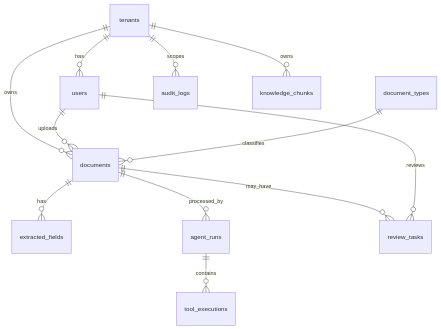
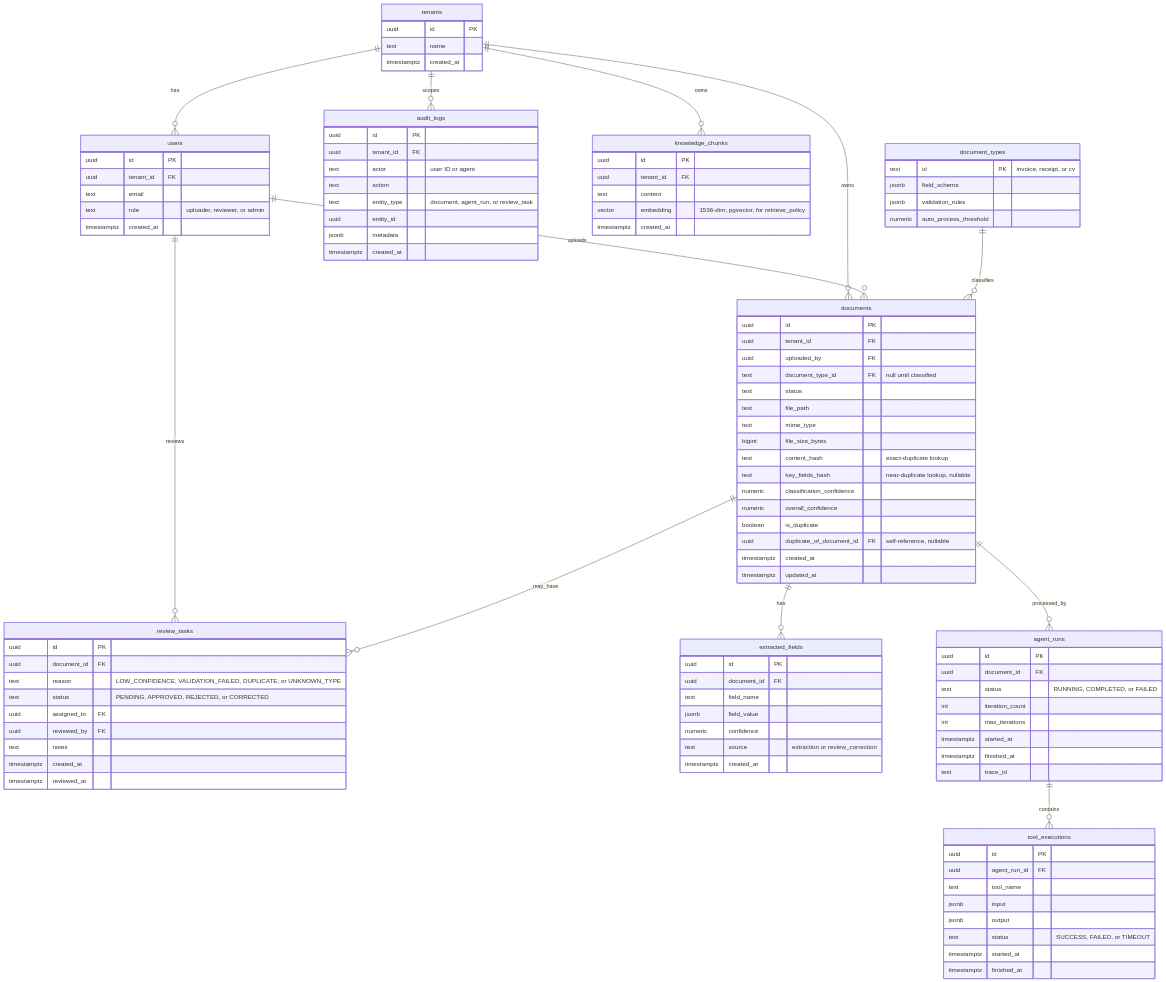
Before and after one commit to mwyzer/golang-next: the diagram in docs/technical-design/db.md, drawn with Mermaid. The commit also changed other lines of this file and 3 other files, not shown here.

First line of the commit message:
Add ER and sequence diagrams; fix two diagrams that had drifted from reality

````diff
--- a/docs/technical-design/db.md
+++ b/docs/technical-design/db.md
@@ -159,13 +159,107 @@
 erDiagram
     tenants ||--o{ users : has
     tenants ||--o{ documents : owns
+    tenants ||--o{ audit_logs : scopes
+    tenants ||--o{ knowledge_chunks : owns
     users ||--o{ documents : uploads
+    users ||--o{ review_tasks : reviews
     document_types ||--o{ documents : classifies
     documents ||--o{ extracted_fields : has
     documents ||--o{ agent_runs : processed_by
+    documents ||--o{ review_tasks : may_have
     agent_runs ||--o{ tool_executions : contains
-    documents ||--o{ review_tasks : may_have
-    users ||--o{ review_tasks : reviews
-    tenants ||--o{ audit_logs : scopes
-    tenants ||--o{ knowledge_chunks : owns
+
+    tenants {
+        uuid id PK
+        text name
+        timestamptz created_at
+    }
+    users {
+        uuid id PK
+        uuid tenant_id FK
+        text email
+        text role "uploader, reviewer, or admin"
+        timestamptz created_at
+    }
+    document_types {
+        text id PK "invoice, receipt, or cv"
+        jsonb field_schema
+        jsonb validation_rules
+        numeric auto_process_threshold
+    }
+    documents {
+        uuid id PK
+        uuid tenant_id FK
+        uuid uploaded_by FK
+        text document_type_id FK "null until classified"
+        text status
+        text file_path
+        text mime_type
+        bigint file_size_bytes
+        text content_hash "exact-duplicate lookup"
+        text key_fields_hash "near-duplicate lookup, nullable"
+        numeric classification_confidence
+        numeric overall_confidence
+        boolean is_duplicate
+        uuid duplicate_of_document_id FK "self-reference, nullable"
+        timestamptz created_at
+        timestamptz updated_at
+    }
+    extracted_fields {
+        uuid id PK
+        uuid document_id FK
+        text field_name
+        jsonb field_value
+        numeric confidence
+        text source "extraction or review_correction"
+        timestamptz created_at
+    }
+    agent_runs {
+        uuid id PK
+        uuid document_id FK
+        text status "RUNNING, COMPLETED, or FAILED"
+        int iteration_count
+        int max_iterations
+        timestamptz started_at
+        timestamptz finished_at
+        text trace_id
+    }
+    tool_executions {
+        uuid id PK
+        uuid agent_run_id FK
+        text tool_name
+        jsonb input
+        jsonb output
+        text status "SUCCESS, FAILED, or TIMEOUT"
+        timestamptz started_at
+        timestamptz finished_at
+    }
+    review_tasks {
+        uuid id PK
+        uuid document_id FK
+        text reason "LOW_CONFIDENCE, VALIDATION_FAILED, DUPLICATE, or UNKNOWN_TYPE"
+        text status "PENDING, APPROVED, REJECTED, or CORRECTED"
+        uuid assigned_to FK
+        uuid reviewed_by FK
+        text notes
+        timestamptz created_at
+        timestamptz reviewed_at
+    }
+    audit_logs {
+        uuid id PK
+        uuid tenant_id FK
+        text actor "user ID or agent"
+        text action
+        text entity_type "document, agent_run, or review_task"
+        uuid entity_id
+        jsonb metadata
+        timestamptz created_at
+    }
+    knowledge_chunks {
+        uuid id PK
+        uuid tenant_id FK
+        text content
+        vector embedding "1536-dim, pgvector, for retrieve_policy"
+        timestamptz created_at
+    }
 ```
````
